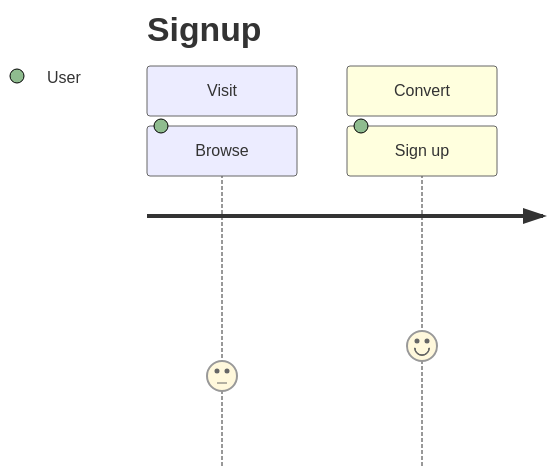
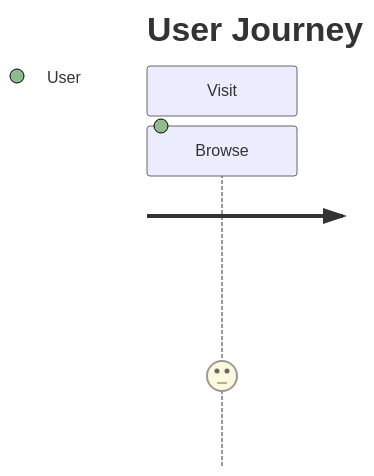
One commit to hiroki-imai/mmtutor changed the first of 2 diagrams in lessons/journey.md. Above: the diagram before and after it, drawn with Mermaid. The commit also changed other lines of this file and 11 other files, not shown here.

````diff
--- a/lessons/journey.md
+++ b/lessons/journey.md
@@ -10,8 +6,6 @@
 ```mermaid
 journey
-  title Signup
+  title User Journey
   section Visit
     Browse: 3: User
-  section Convert
-    Sign up: 4: User
 ```
````
